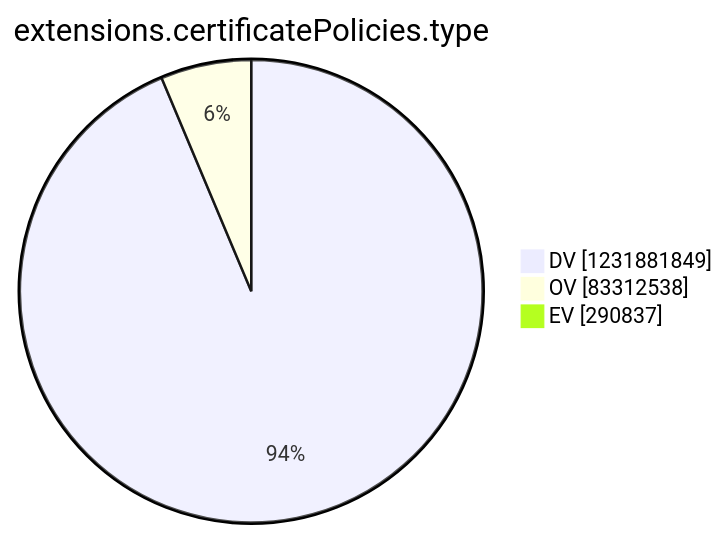
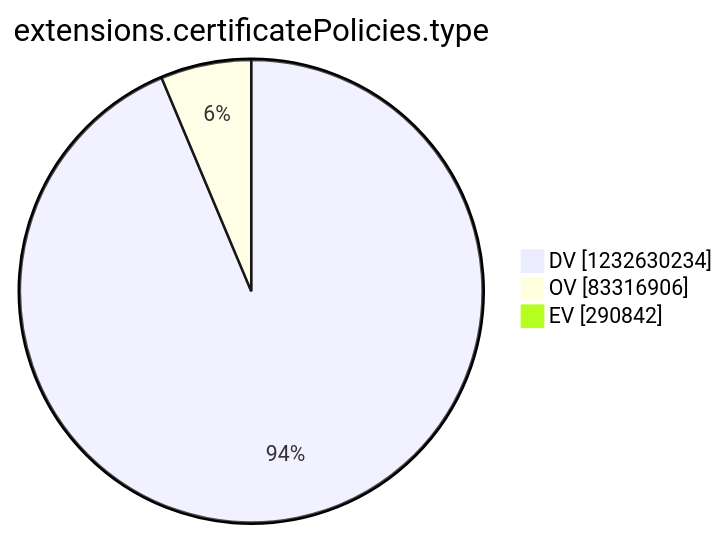
One commit to christiankrug/ctmonitor_visualization changed the tenth of 15 diagrams in argon2022/README.md. Above: the diagram before and after it, drawn with Mermaid. The commit also changed other lines of this file, not shown here.

````diff
--- a/argon2022/README.md
+++ b/argon2022/README.md
@@ -2770,7 +2770,7 @@
 ```mermaid
 pie showData
 title extensions.certificatePolicies.type
-"DV" :1231881849
-"OV" :83312538
-"EV" :290837
+"DV" :1232630234
+"OV" :83316906
+"EV" :290842
 ```
````
